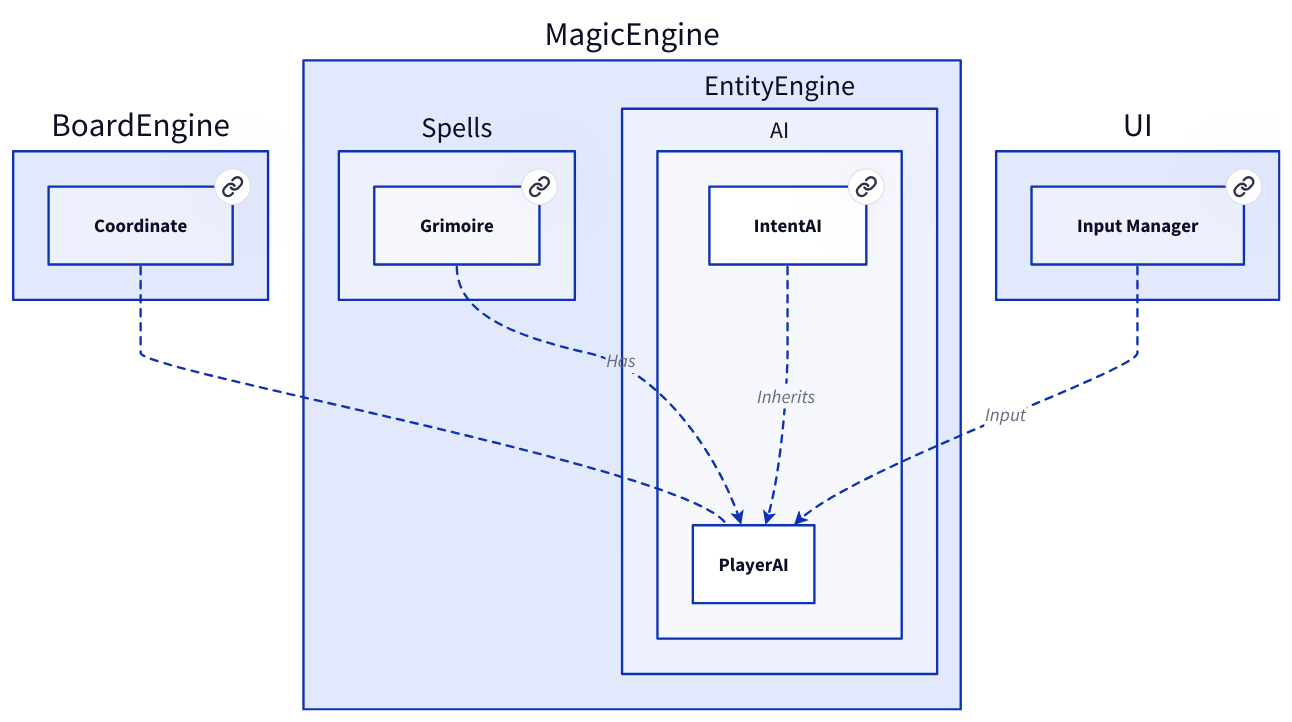
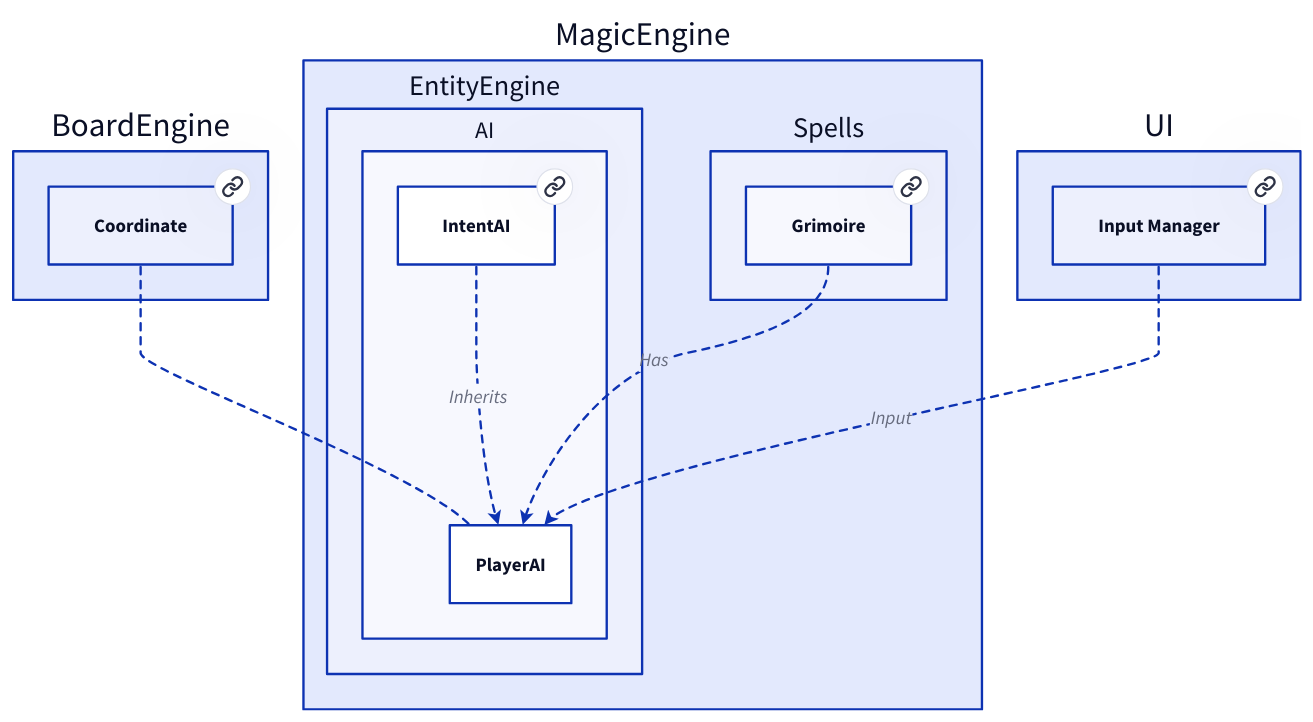
One commit to Portevent/Brume-Documentation changed the diagram in doc/graphs/d2/PlayerAI.d2. Above: the diagram before and after it, drawn with D2. The commit also changed other lines of this file and 79 other files, not shown here.

```diff
--- a/doc/graphs/d2/PlayerAI.d2
+++ b/doc/graphs/d2/PlayerAI.d2
@@ -1,40 +1,40 @@
 # Nodes :
+UI: {
+    InputManager: Input Manager {
+       link: InputManager
+    }
+}
 BoardEngine: {
     Coordinate: Coordinate {
        link: Coordinate
     }
 }
-UI: {
-    InputManager: Input Manager {
-       link: InputManager
-    }
-}
 MagicEngine: {
-    Spells: {
-        Grimoire: Grimoire {
-           link: Grimoire
-        }
-    }
     EntityEngine: {
         AI: {
             IntentAI: IntentAI {
                link: IntentAI
             }
+        }
+    }
+    Spells: {
+        Grimoire: Grimoire {
+           link: Grimoire
         }
     }
 }
 
 # Links :
 BoardEngine.Coordinate -- MagicEngine.EntityEngine.AI.PlayerAI: {style.stroke-dash: 3}
 MagicEngine.EntityEngine.AI.IntentAI -> MagicEngine.EntityEngine.AI.PlayerAI: Inherits {style.stroke-dash: 3
 source-arrowhead: {}
 target-arrowhead: {shape: arrow}
 }
 UI.InputManager -> MagicEngine.EntityEngine.AI.PlayerAI: Input {style.stroke-dash: 3
 source-arrowhead: {}
 target-arrowhead: {shape: arrow}
 }
 MagicEngine.Spells.Grimoire -> MagicEngine.EntityEngine.AI.PlayerAI: Has {style.stroke-dash: 3
 source-arrowhead: {}
 target-arrowhead: {shape: arrow}
 }
```
